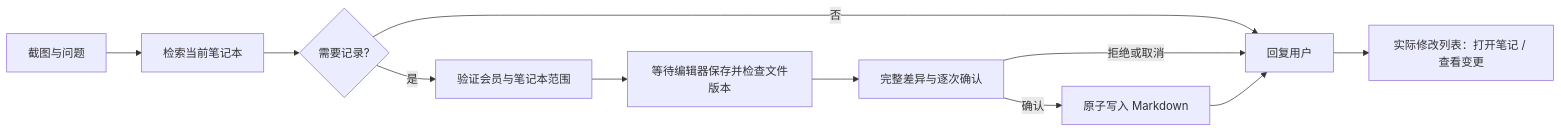
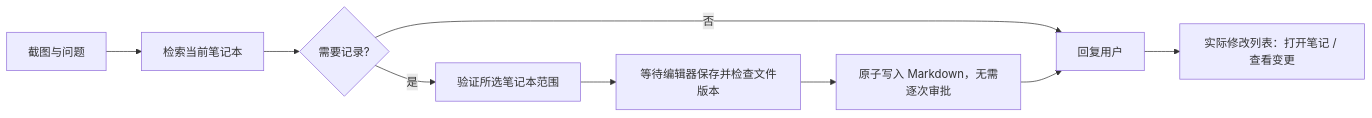
The diagram in docs/AGENT_NOTE_WRITING_PLAN.md (yuyeyuyy/Snipvia), drawn with Mermaid before and after one commit. The commit also changed other lines of this file and 59 other files, not shown here.

````diff
--- a/docs/AGENT_NOTE_WRITING_PLAN.md
+++ b/docs/AGENT_NOTE_WRITING_PLAN.md
@@ -9,13 +9,11 @@
 ```mermaid
 flowchart LR
   A[截图与问题] --> B[检索当前笔记本]
   B --> C{需要记录?}
   C -->|否| G[回复用户]
-  C -->|是| D[验证会员与笔记本范围]
+  C -->|是| D[验证所选笔记本范围]
   D --> E[等待编辑器保存并检查文件版本]
-  E --> R[完整差异与逐次确认]
-  R -->|确认| F[原子写入 Markdown]
-  R -->|拒绝或取消| G
+  E --> F[原子写入 Markdown，无需逐次审批]
   F --> G
   G --> H[实际修改列表：打开笔记 / 查看变更]
 ```
````
